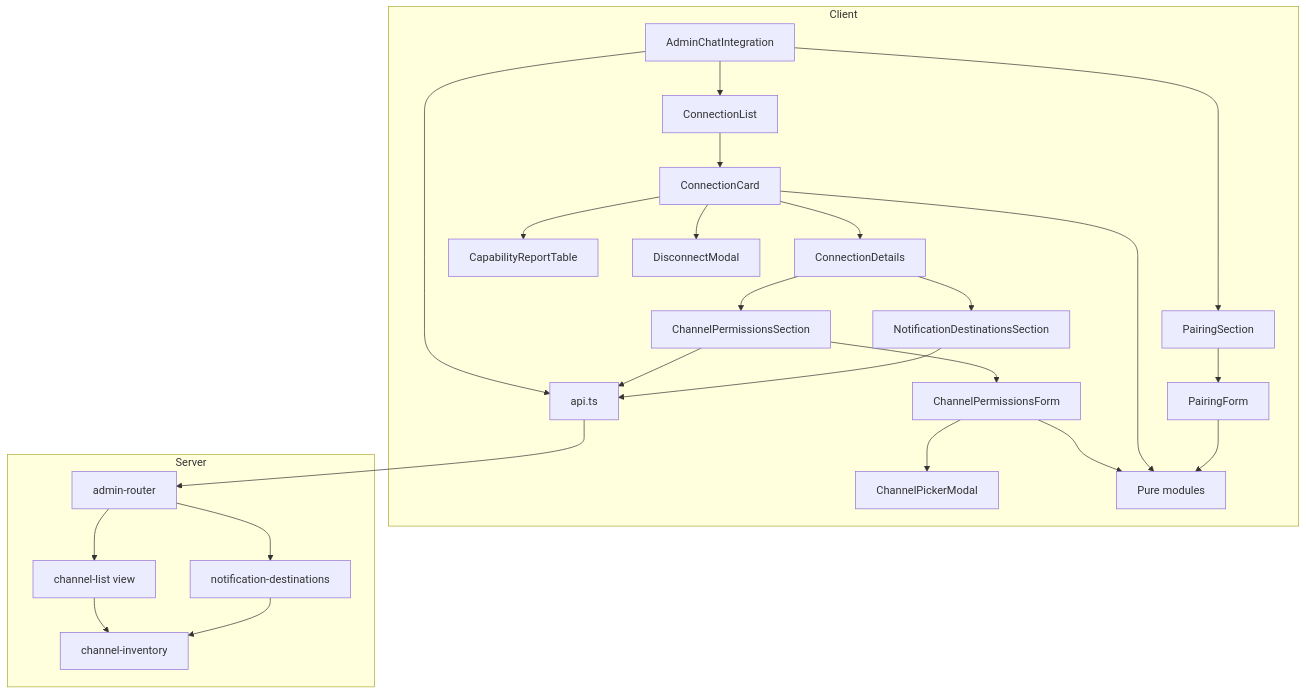
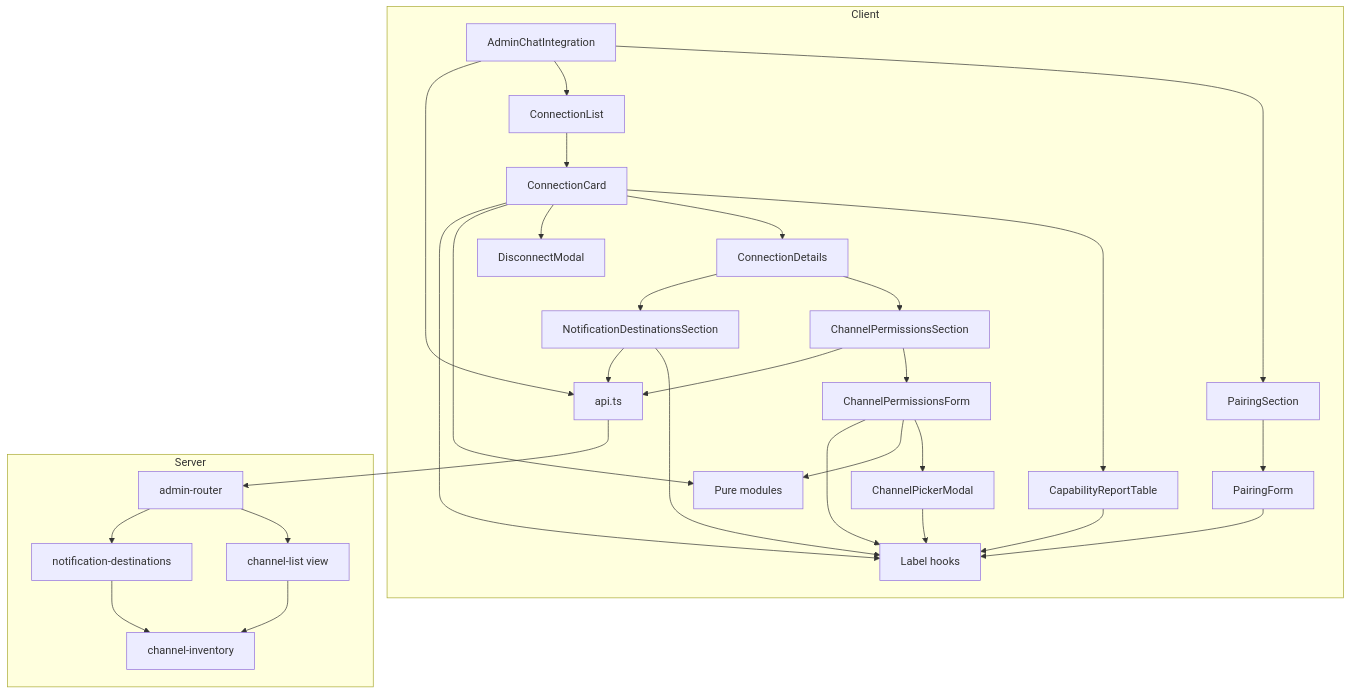
Before and after one commit to growilabs/growi: the first of 3 diagrams in .kiro/specs/chat-integration-admin-ui/design.md, drawn with Mermaid. The commit also changed other lines of this file, not shown here.

````diff
--- a/.kiro/specs/chat-integration-admin-ui/design.md
+++ b/.kiro/specs/chat-integration-admin-ui/design.md
@@ -85,47 +85,53 @@
 ```mermaid
 graph TB
     subgraph Client
         Shell[AdminChatIntegration]
         PairingSection
         PairingForm
         ConnectionList
         ConnectionCard
         ConnectionDetails
         CapabilityReportTable
         PermissionsSection[ChannelPermissionsSection]
         PermissionsForm[ChannelPermissionsForm]
         ChannelPicker[ChannelPickerModal]
         Destinations[NotificationDestinationsSection]
         DisconnectModal
         PureLogic[Pure modules]
+        LabelHooks[Label hooks]
         Api[api.ts]
     end
     subgraph Server
         Router[admin-router]
         ChannelsView[channel-list view]
         DestinationsStore[notification-destinations]
         Inventory[channel-inventory]
     end
     Shell --> PairingSection
     PairingSection --> PairingForm
     Shell --> ConnectionList
     ConnectionList --> ConnectionCard
     ConnectionCard --> CapabilityReportTable
     ConnectionCard --> ConnectionDetails
     ConnectionCard --> DisconnectModal
     ConnectionDetails --> PermissionsSection
     ConnectionDetails --> Destinations
     PermissionsSection --> PermissionsForm
     PermissionsForm --> ChannelPicker
     PermissionsForm --> PureLogic
     ConnectionCard --> PureLogic
-    PairingForm --> PureLogic
+    ConnectionCard --> LabelHooks
+    CapabilityReportTable --> LabelHooks
+    PermissionsForm --> LabelHooks
+    ChannelPicker --> LabelHooks
+    Destinations --> LabelHooks
+    PairingForm --> LabelHooks
     Shell --> Api
     PermissionsSection --> Api
     Destinations --> Api
     Api --> Router
     Router --> ChannelsView
     Router --> DestinationsStore
     ChannelsView --> Inventory
     DestinationsStore --> Inventory
 ```
````
